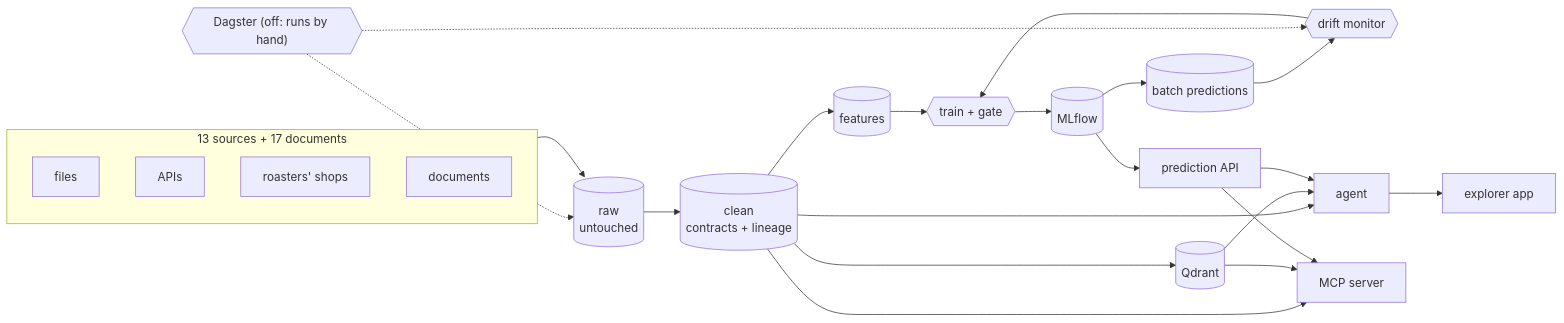
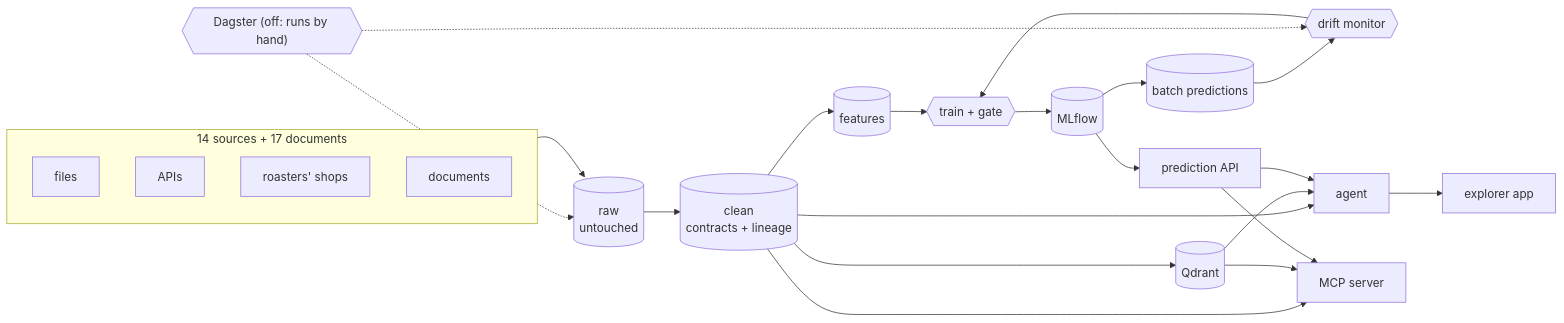
Before and after one commit to AlanMLCH/coffee_mlops: the diagram in README.md, drawn with Mermaid. The commit also changed other lines of this file and 14 other files, not shown here.

````diff
--- a/README.md
+++ b/README.md
@@ -84,30 +86,30 @@
 ```mermaid
 flowchart LR
-    subgraph SOURCES["13 sources + 17 documents"]
+    subgraph SOURCES["14 sources + 17 documents"]
         files["files"]
         apis["APIs"]
         shops["roasters' shops"]
         documents["documents"]
     end
     raw[("raw<br/>untouched")]
     clean[("clean<br/>contracts + lineage")]
     features[("features")]
     gate{{"train + gate"}}
     mlflow[("MLflow")]
     predictions[("batch predictions")]
     api["prediction API"]
     monitor{{"drift monitor"}}
     qdrant[("Qdrant")]
     agent["agent"]
     mcp["MCP server"]
     explorer["explorer app"]
     dagster{{"Dagster (off: runs by hand)"}}
 
     SOURCES --> raw --> clean --> features --> gate --> mlflow
     mlflow --> api & predictions
     predictions --> monitor --> gate
     clean --> qdrant
     clean & qdrant & api --> agent --> explorer
     clean & qdrant & api --> mcp
     dagster -.-> raw & monitor
 ```
````
